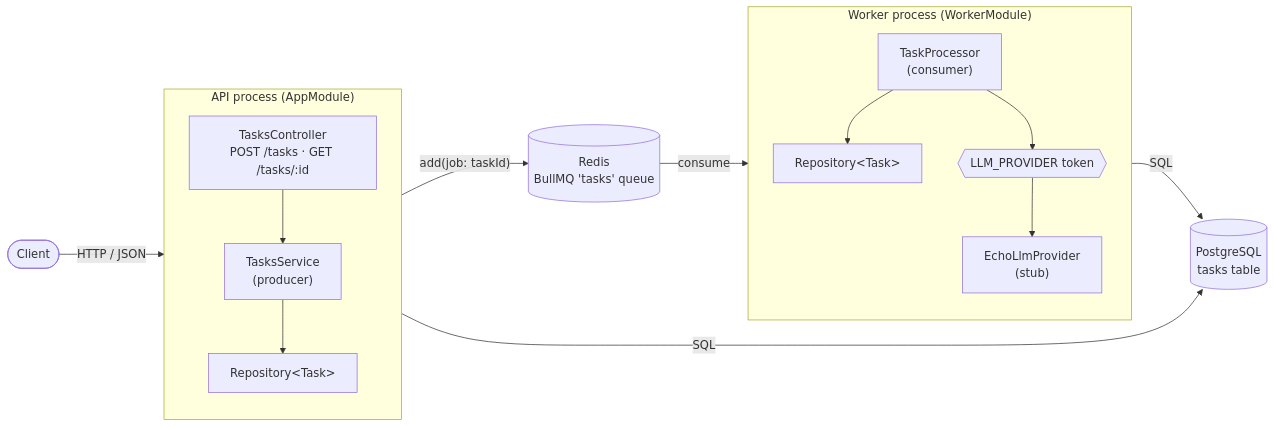
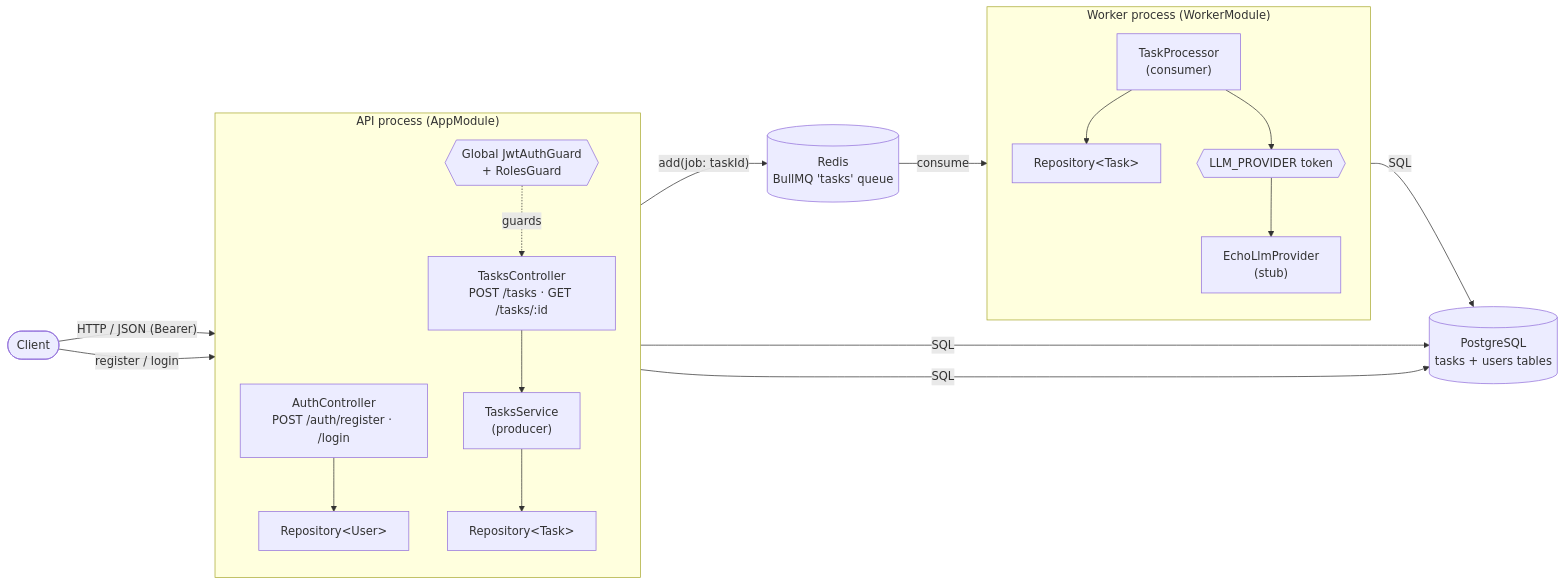
One commit to AnaMuraya/conveyor changed the first of 5 diagrams in docs/architecture.md. Above: the diagram before and after it, drawn with Mermaid. The commit also changed other lines of this file and 37 other files, not shown here.

````diff
--- a/docs/architecture.md
+++ b/docs/architecture.md
@@ -25,31 +30,38 @@
 ```mermaid
 flowchart LR
   Client([Client])
 
   subgraph API["API process (AppModule)"]
     direction TB
+    AC["AuthController<br/>POST /auth/register · /login"]
+    Guard{{"Global JwtAuthGuard<br/>+ RolesGuard"}}
     TC["TasksController<br/>POST /tasks · GET /tasks/:id"]
     TS["TasksService<br/>(producer)"]
     Repo1["Repository&lt;Task&gt;"]
+    RepoU["Repository&lt;User&gt;"]
+    AC --> RepoU
+    Guard -.->|guards| TC
     TC --> TS --> Repo1
   end
 
   subgraph Worker["Worker process (WorkerModule)"]
     direction TB
     TP["TaskProcessor<br/>(consumer)"]
     Repo2["Repository&lt;Task&gt;"]
     Token{{"LLM_PROVIDER token"}}
     Echo["EchoLlmProvider<br/>(stub)"]
     TP --> Repo2
     TP --> Token --> Echo
   end
 
   Q[("Redis<br/>BullMQ 'tasks' queue")]
-  DB[("PostgreSQL<br/>tasks table")]
+  DB[("PostgreSQL<br/>tasks + users tables")]
 
-  Client -->|HTTP / JSON| TC
+  Client -->|"HTTP / JSON (Bearer)"| TC
+  Client -->|register / login| AC
   TS -->|"add(job: taskId)"| Q
   Q -->|consume| TP
   Repo1 -->|SQL| DB
+  RepoU -->|SQL| DB
   Repo2 -->|SQL| DB
 ```
````
